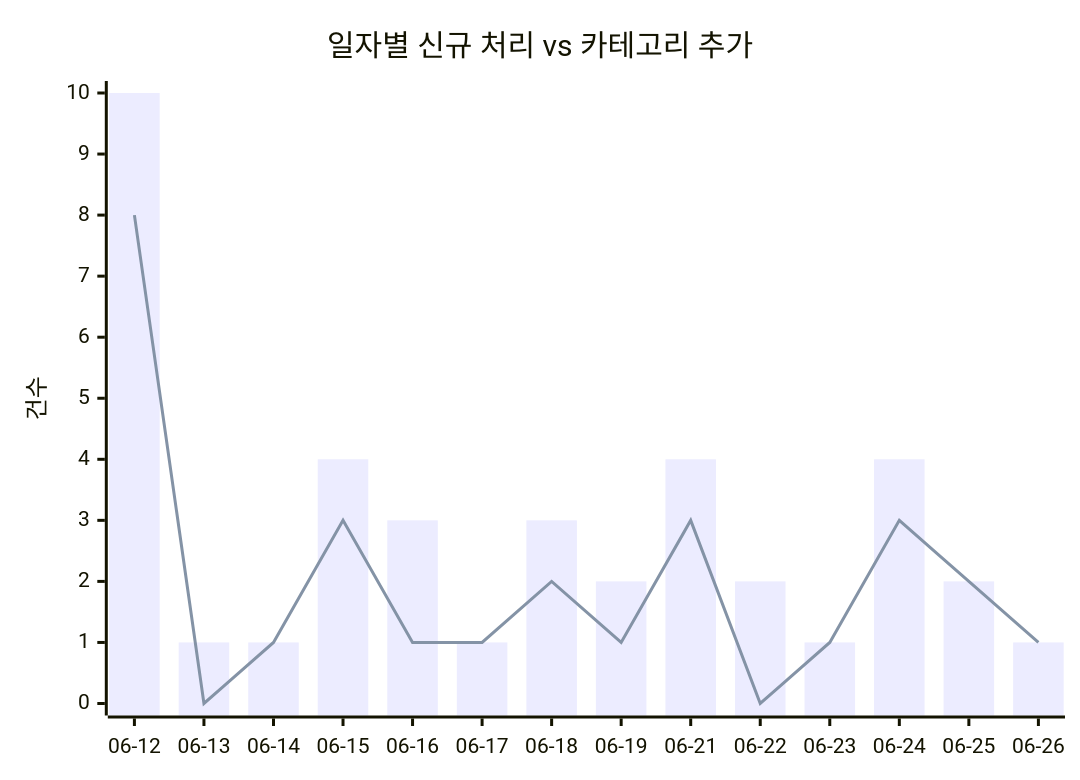
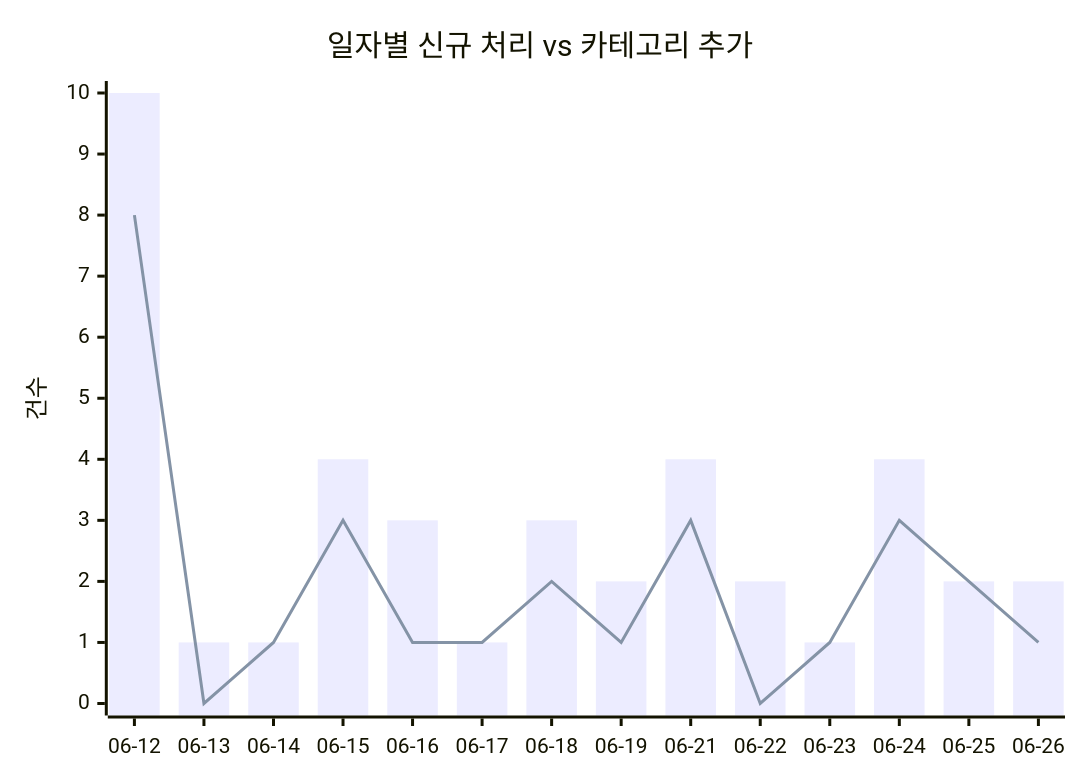
The first of 2 diagrams in docs/trends.md (J-nowcow/awesome-korean-agent-skills), drawn with Mermaid before and after one commit. The commit also changed other lines of this file and 2 other files, not shown here.

````diff
--- a/docs/trends.md
+++ b/docs/trends.md
@@ -32,8 +32,8 @@
 ```mermaid
 xychart-beta
     title "일자별 신규 처리 vs 카테고리 추가"
     x-axis ["06-12","06-13","06-14","06-15","06-16","06-17","06-18","06-19","06-21","06-22","06-23","06-24","06-25","06-26"]
     y-axis "건수"
-    bar [10,1,1,4,3,1,3,2,4,2,1,4,2,1]
+    bar [10,1,1,4,3,1,3,2,4,2,1,4,2,2]
     line [8,0,1,3,1,1,2,1,3,0,1,3,2,1]
 ```
````
